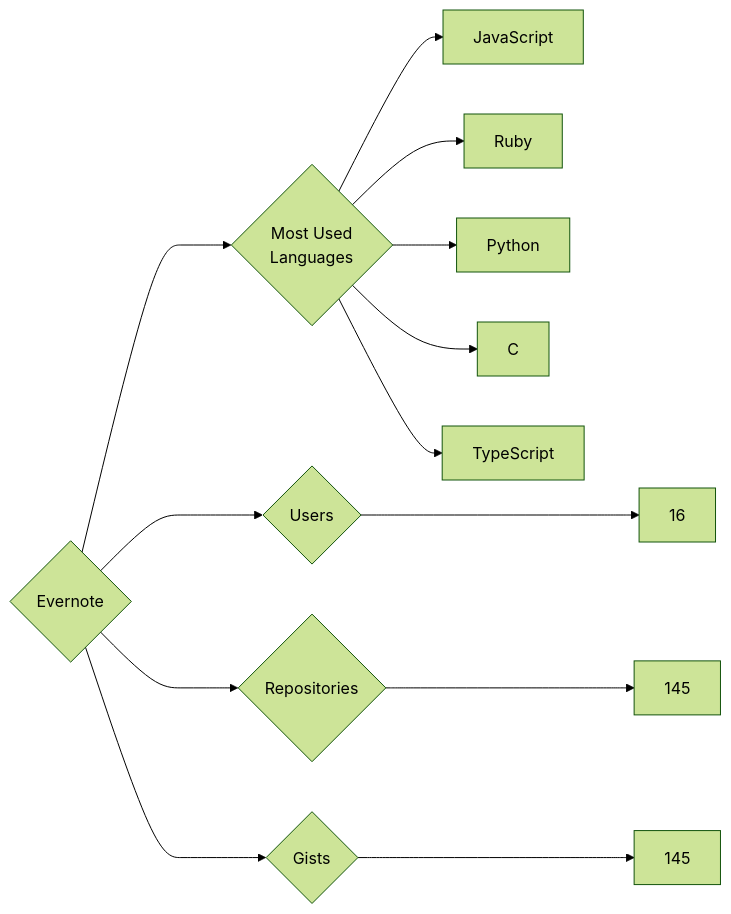
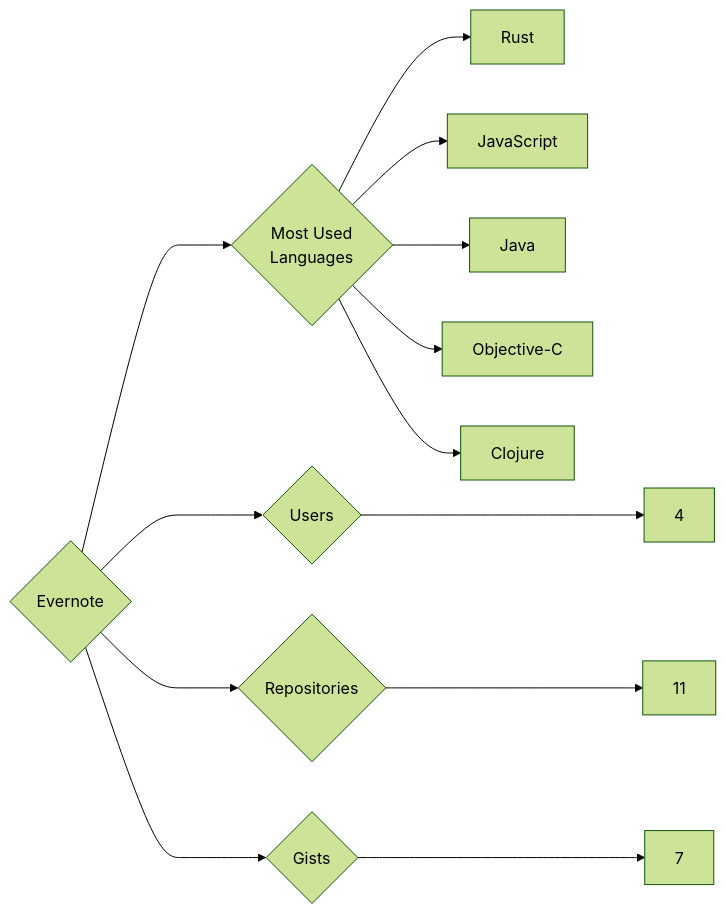
Before and after one commit to trickest/insiders: the diagram in targets/Evernote/README.md, drawn with Mermaid (forest theme). The commit also changed 860 other files, not shown here.

````diff
--- a/targets/Evernote/README.md
+++ b/targets/Evernote/README.md
@@ -3,13 +3,13 @@
 ```mermaid
 graph LR
 COMPANY_NAME{Evernote}
-COMPANY_NAME ---> U{Users} ---> UN[16]
-COMPANY_NAME ---> R{Repositories} ---> RN[145]
-COMPANY_NAME ---> G{Gists} ---> GN[145]
+COMPANY_NAME ---> U{Users} ---> UN[4]
+COMPANY_NAME ---> R{Repositories} ---> RN[11]
+COMPANY_NAME ---> G{Gists} ---> GN[7]
 COMPANY_NAME ---> ML{Most Used<br>Languages}
+ML --> Rust[Rust]
 ML --> JavaScript[JavaScript]
-ML --> Ruby[Ruby]
-ML --> Python[Python]
-ML --> C[C]
-ML --> TypeScript[TypeScript]
+ML --> Java[Java]
+ML --> Objective-C[Objective-C]
+ML --> Clojure[Clojure]
 ```
````
